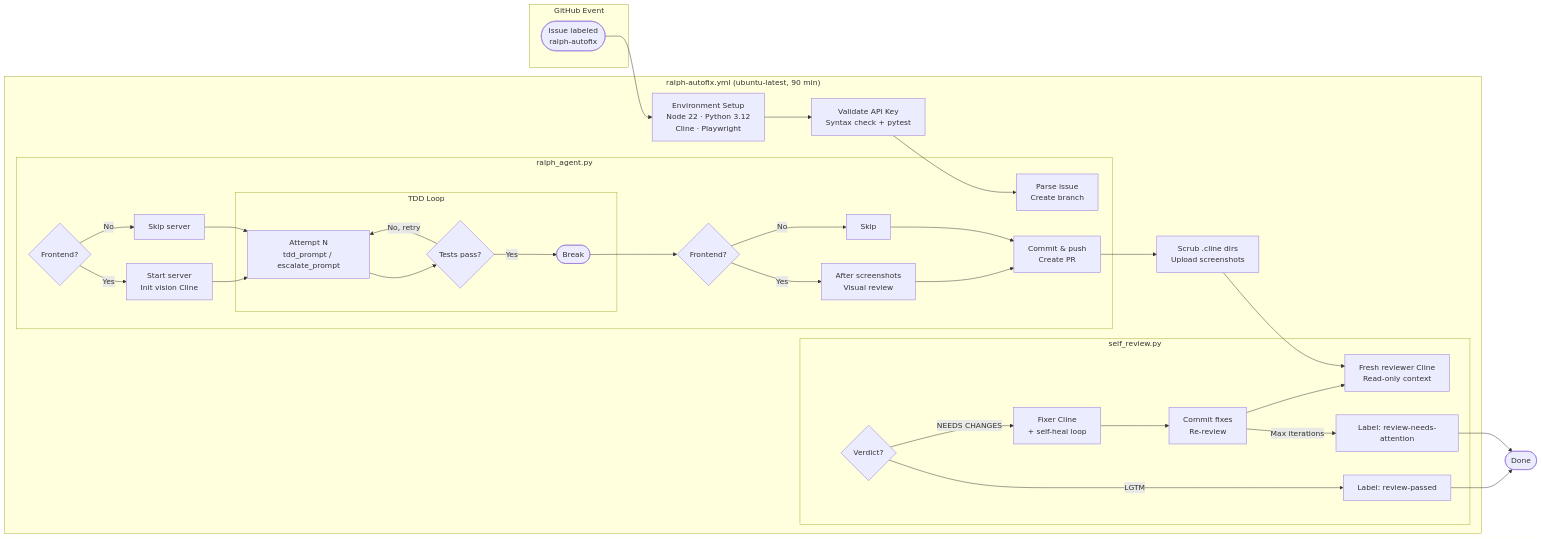
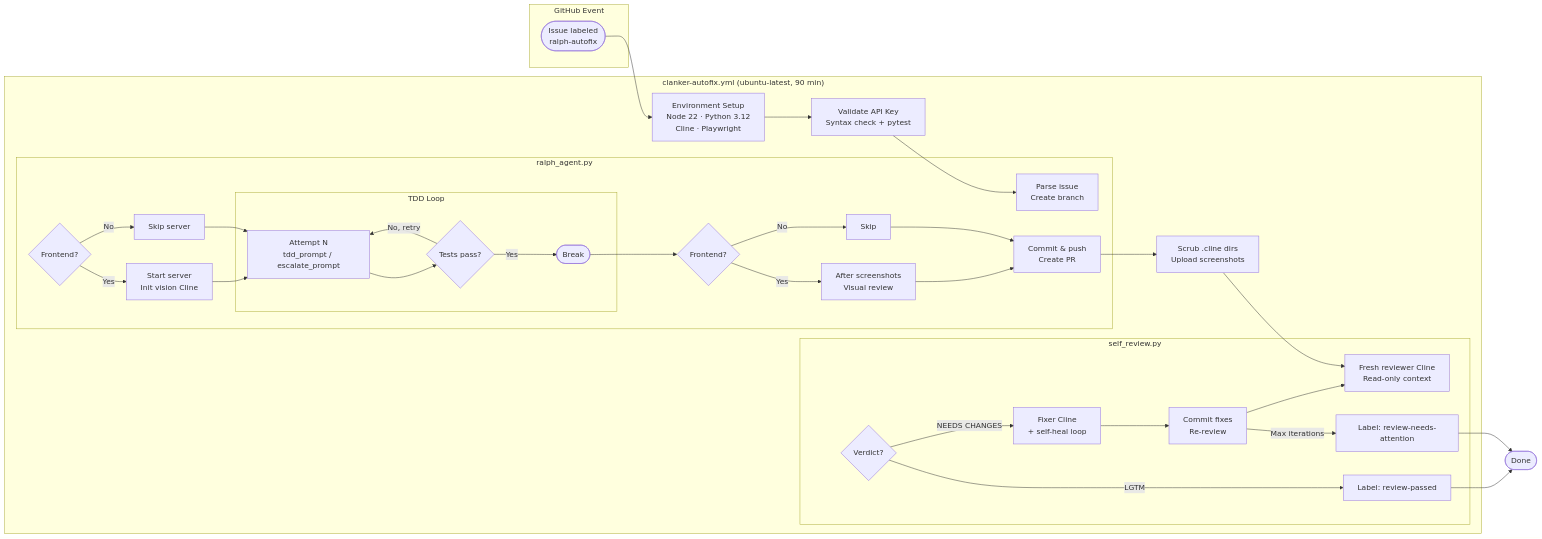
The fourth of 4 diagrams in .github/diagrams/ralph_agent_flow.md (K1h77/TestAgent), drawn with Mermaid before and after one commit. The commit also changed other lines of this file and 19 other files, not shown here.

Commit message:
chore: rename any ralph occurrence into clanker

````diff
--- a/.github/diagrams/ralph_agent_flow.md
+++ b/.github/diagrams/ralph_agent_flow.md
@@ -188,46 +188,46 @@
 ```mermaid
 flowchart LR
     subgraph TRIGGER["GitHub Event"]
         A([Issue labeled\nralph-autofix])
     end
 
-    subgraph CI["ralph-autofix.yml (ubuntu-latest, 90 min)"]
+    subgraph CI["clanker-autofix.yml (ubuntu-latest, 90 min)"]
         B[Environment Setup\nNode 22 · Python 3.12\nCline · Playwright]
         C[Validate API Key\nSyntax check + pytest]
 
         subgraph AGENT["ralph_agent.py"]
             D[Parse issue\nCreate branch]
             E{Frontend?}
             E -- Yes --> F[Start server\nInit vision Cline]
             E -- No --> G[Skip server]
             F & G --> H
 
             subgraph TDD["TDD Loop"]
                 H[Attempt N\ntdd_prompt / escalate_prompt] --> I{Tests pass?}
                 I -- No, retry --> H
                 I -- Yes --> J([Break])
             end
 
             J --> K{Frontend?}
             K -- Yes --> L[After screenshots\nVisual review]
             K -- No --> M[Skip]
             L & M --> N[Commit & push\nCreate PR]
         end
 
         O[Scrub .cline dirs\nUpload screenshots]
 
         subgraph REVIEW["self_review.py"]
             P[Fresh reviewer Cline\nRead-only context]
             Q{Verdict?}
             Q -- LGTM --> R[Label: review-passed]
             Q -- NEEDS CHANGES --> S[Fixer Cline\n+ self-heal loop]
             S --> T[Commit fixes\nRe-review]
             T --> P
             T -- Max iterations --> U[Label: review-needs-attention]
         end
     end
 
     A --> B --> C --> D
     N --> O --> P
     R & U --> V([Done])
 ```
````
